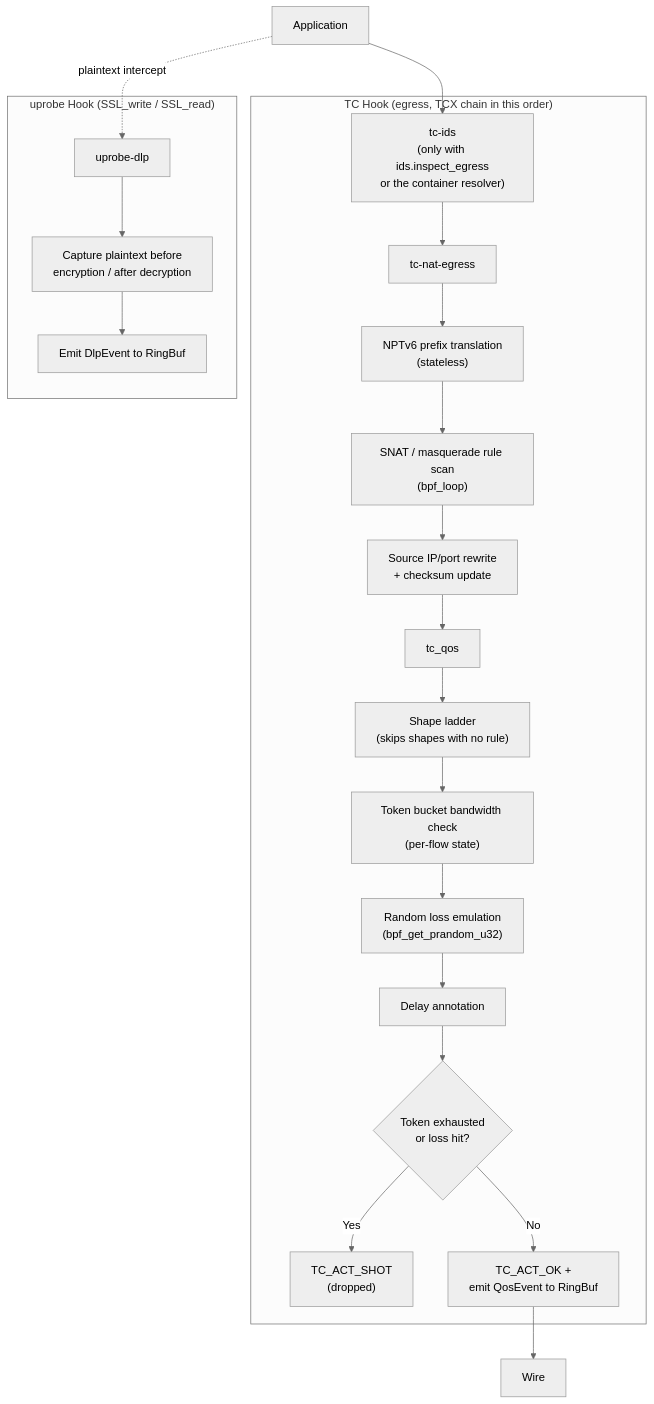
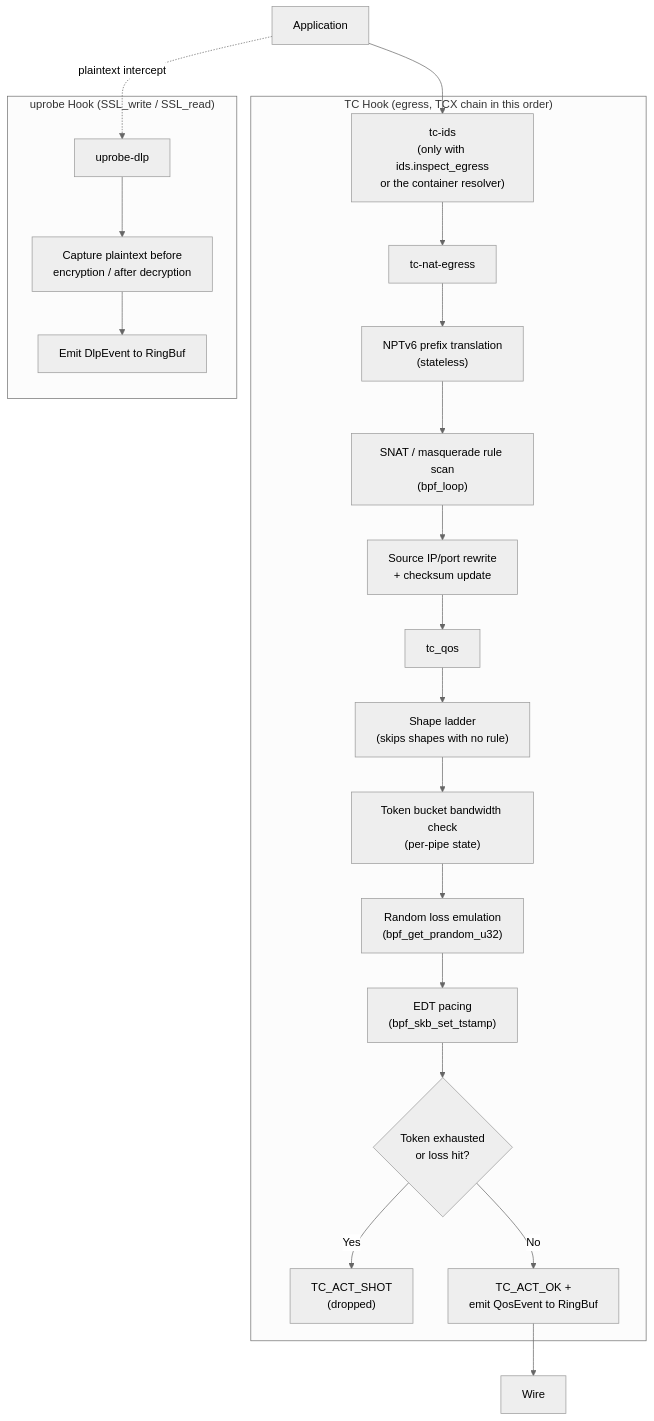
One commit to ebpfsentinel/ebpfsentinel-docs changed the second of 7 diagrams in docs/architecture/data-flow.md. Above: the diagram before and after it, drawn with Mermaid (neutral theme). The commit also changed other lines of this file and 6 other files, not shown here.

Commit message:
docs(architecture): hold the architecture pages to the crates and programs as built

````diff
--- a/docs/architecture/data-flow.md
+++ b/docs/architecture/data-flow.md
@@ -118,41 +118,41 @@
 ```mermaid
 flowchart TD
     APP["Application"]
 
     subgraph TC_EGR["TC Hook (egress, TCX chain in this order)"]
         IDS_EGR["tc-ids\n(only with ids.inspect_egress\nor the container resolver)"]
         NAT_EGR["tc-nat-egress"]
         IDS_EGR --> NAT_EGR
         NAT_NPTV6["NPTv6 prefix translation\n(stateless)"]
         NAT_SNAT["SNAT / masquerade rule scan\n(bpf_loop)"]
         NAT_REWRITE["Source IP/port rewrite\n+ checksum update"]
         NAT_EGR --> NAT_NPTV6 --> NAT_SNAT --> NAT_REWRITE
 
         QOS["tc_qos"]
         QOS_CLASS["Shape ladder\n(skips shapes with no rule)"]
-        QOS_TOKEN["Token bucket bandwidth check\n(per-flow state)"]
+        QOS_TOKEN["Token bucket bandwidth check\n(per-pipe state)"]
         QOS_LOSS["Random loss emulation\n(bpf_get_prandom_u32)"]
-        QOS_DELAY["Delay annotation"]
+        QOS_DELAY["EDT pacing\n(bpf_skb_set_tstamp)"]
         NAT_REWRITE --> QOS --> QOS_CLASS --> QOS_TOKEN --> QOS_LOSS --> QOS_DELAY
 
         QOS_DROP{"Token exhausted\nor loss hit?"}
         QOS_DELAY --> QOS_DROP
         QOS_SHOT["TC_ACT_SHOT\n(dropped)"]
         QOS_DROP -- Yes --> QOS_SHOT
         QOS_OK["TC_ACT_OK +\nemit QosEvent to RingBuf"]
         QOS_DROP -- No --> QOS_OK
     end
 
     APP --> IDS_EGR
     WIRE["Wire"]
     QOS_OK --> WIRE
 
     subgraph UPROBE["uprobe Hook (SSL_write / SSL_read)"]
         DLP["uprobe-dlp"]
         DLP_CAP["Capture plaintext before\nencryption / after decryption"]
         DLP_EMIT["Emit DlpEvent to RingBuf"]
         DLP --> DLP_CAP --> DLP_EMIT
     end
 
     APP -.->|"plaintext intercept"| DLP
 ```
````
